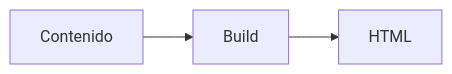
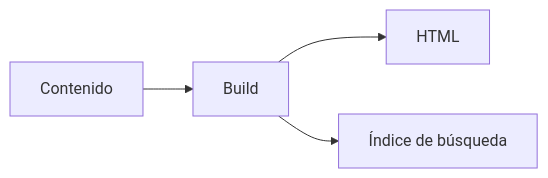
One commit to kimografico/wiki-dev changed the diagram in content/paquetes/mermaid.md. Above: the diagram before and after it, drawn with Mermaid. The commit also changed other lines of this file and 230 other files, not shown here.

````diff
--- a/content/paquetes/mermaid.md
+++ b/content/paquetes/mermaid.md
@@ -37,4 +45,5 @@
 ```mermaid
 flowchart LR
   Contenido --> Build --> HTML
+  Build --> Indice[Índice de búsqueda]
 ```
````
